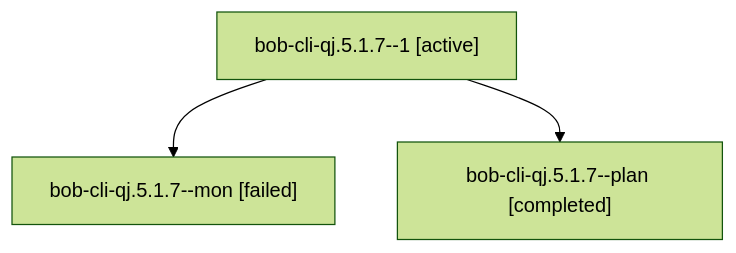
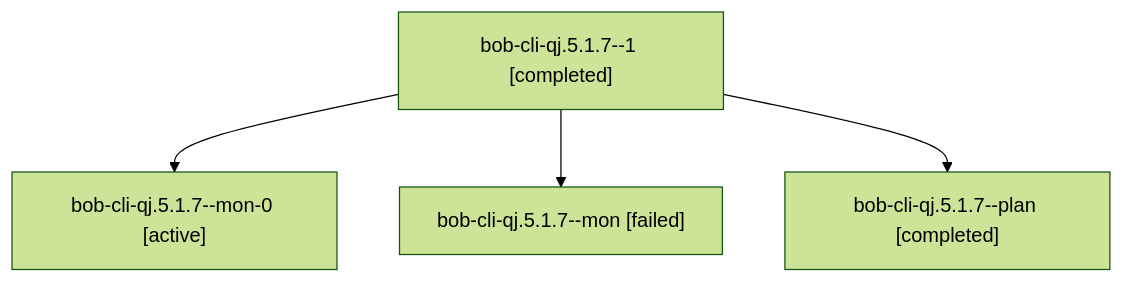
Before and after one commit to bobs-org/bob-cli--agents: the diagram in sessions/bbugyi200.apollo.bob-cli-qj.5.1.7.md, drawn with Mermaid (forest theme). The commit also changed other lines of this file and 78 other files, not shown here.

````diff
--- a/sessions/bbugyi200.apollo.bob-cli-qj.5.1.7.md
+++ b/sessions/bbugyi200.apollo.bob-cli-qj.5.1.7.md
@@ -9,8 +9,10 @@
 ```mermaid
 flowchart TD
-  n0["bob-cli-qj.5.1.7--1 [active]"]
-  n1["bob-cli-qj.5.1.7--mon [failed]"]
+  n0["bob-cli-qj.5.1.7--1 [completed]"]
+  n1["bob-cli-qj.5.1.7--mon-0 [active]"]
   n0 --> n1
-  n2["bob-cli-qj.5.1.7--plan [completed]"]
+  n2["bob-cli-qj.5.1.7--mon [failed]"]
   n0 --> n2
+  n3["bob-cli-qj.5.1.7--plan [completed]"]
+  n0 --> n3
 ```
````
